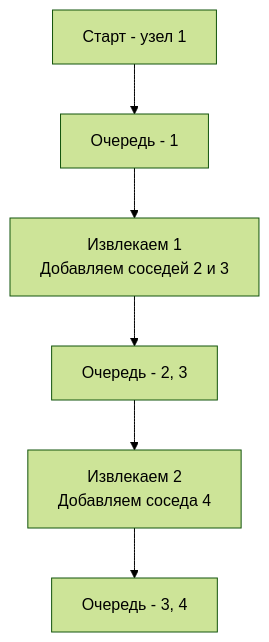
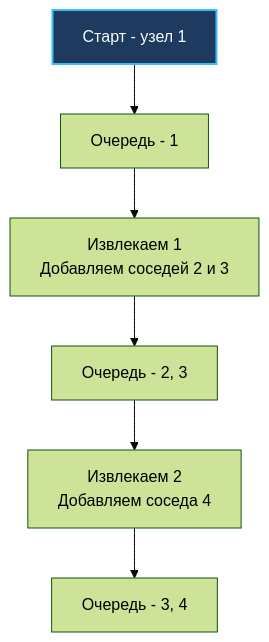
Before and after one commit to UnrealTemplier/go-textbook: the diagram in sources/21. Задачи с LeetCode и собеседований на Go/02. Задачи/12. Поиск в ширину BFS/1. Теория. BFS.md, drawn with Mermaid (forest theme). The commit also changed 1666 other files, not shown here.

First line of the commit message:
feat(mermaid): add semantic color classDef to 1369 colorless flowchart/graph diagrams

````diff
--- a/sources/21. Задачи с LeetCode и собеседований на Go/02. Задачи/12. Поиск в ширину BFS/1. Теория. BFS.md
+++ b/sources/21. Задачи с LeetCode и собеседований на Go/02. Задачи/12. Поиск в ширину BFS/1. Теория. BFS.md
@@ -12,8 +12,18 @@
 ```mermaid
 flowchart TD
-    A["Старт - узел 1"] --> B["Очередь - 1"]
+    classDef process  fill:#1e293b,stroke:#38bdf8,stroke-width:1px,color:#f8fafc
+    classDef success  fill:#064e3b,stroke:#34d399,stroke-width:1px,color:#f8fafc
+    classDef error    fill:#7f1d1d,stroke:#f87171,stroke-width:1px,color:#f8fafc
+    classDef warning  fill:#78350f,stroke:#fbbf24,stroke-width:1px,color:#f8fafc
+    classDef entry    fill:#1e3a5f,stroke:#38bdf8,stroke-width:2px,color:#f8fafc
+    classDef aux      fill:#334155,stroke:#64748b,stroke-width:1px,color:#f8fafc
+    classDef system   fill:#312e81,stroke:#a78bfa,stroke-width:1px,color:#f8fafc
+    classDef data     fill:#132d29,stroke:#2dd4bf,stroke-width:1px,color:#f8fafc
+    classDef network  fill:#881337,stroke:#fb7185,stroke-width:1px,color:#f8fafc
+    classDef accent   fill:#1e1b4b,stroke:#818cf8,stroke-width:1px,color:#f8fafc
+    A["Старт - узел 1"]:::entry --> B["Очередь - 1"]
     B --> C["Извлекаем 1<br>Добавляем соседей 2 и 3"]
     C --> D["Очередь - 2, 3"]
     D --> E["Извлекаем 2<br>Добавляем соседа 4"]
     E --> F["Очередь - 3, 4"]
 ```
````
